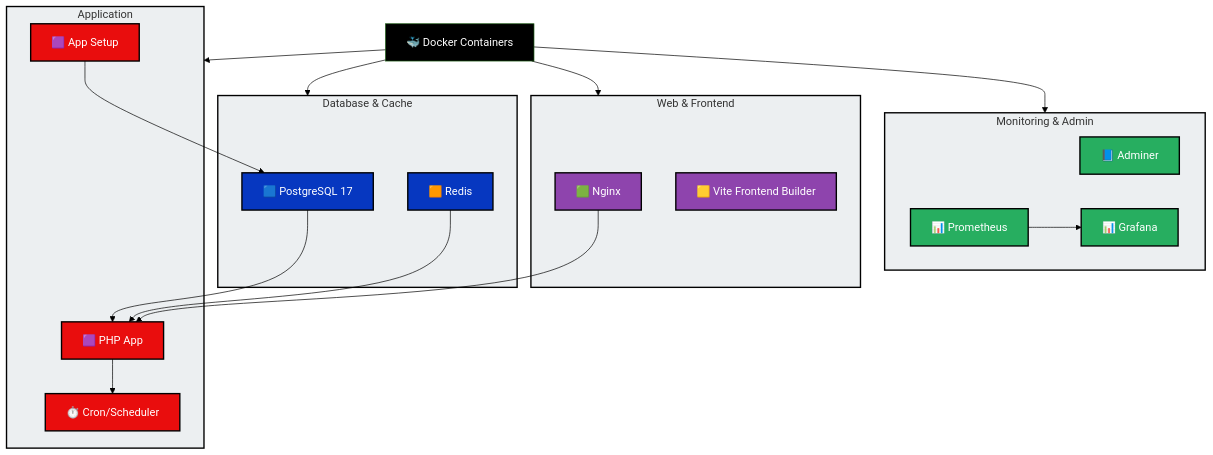
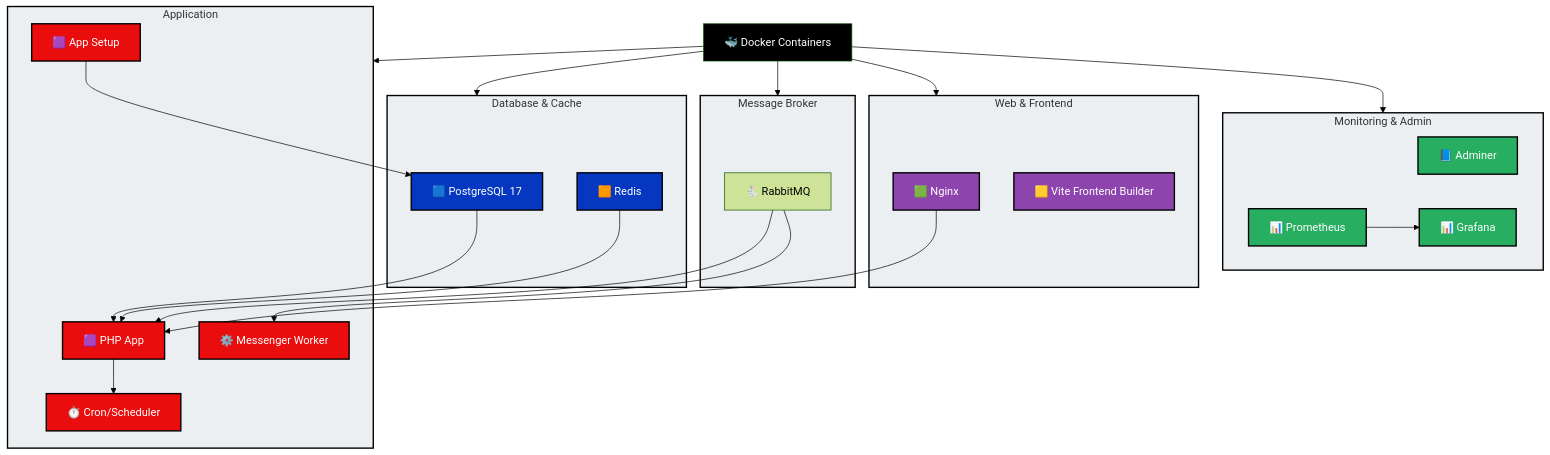
One commit to Developer-Samuel/levelup-store changed the diagram in docs/diagrams/graphs/devops/docker.mmd. Above: the diagram before and after it, drawn with Mermaid (forest theme). The commit also changed 6 other files, not shown here.

Commit message:
docs: add RabbitMQ references across documentation and diagrams

```diff
--- a/docs/diagrams/graphs/devops/docker.mmd
+++ b/docs/diagrams/graphs/devops/docker.mmd
@@ -1,65 +1,75 @@
 graph TD
     %% Subgraph styles
     style DatabaseCache fill:#eceff1, stroke:#000, stroke-width:2px;
+    style MessageBroker fill:#eceff1, stroke:#000, stroke-width:2px;
     style App fill:#eceff1, stroke:#000, stroke-width:2px;
     style Web fill:#eceff1, stroke:#000, stroke-width:2px;
     style Monitoring fill:#eceff1, stroke:#000, stroke-width:2px;
 
     %% Class Styles
     classDef docker fill:#000, color:#fff;
     classDef database_cache fill:#0637c0, color:#fff, stroke:#000, stroke-width:2px;
     classDef app fill:#e90d0d, color:#fff, stroke:#000, stroke-width:2px;
     classDef web fill:#8e44ad, color:#fff, stroke:#000, stroke-width:2px;
     classDef monitoring fill:#27ae60, color:#fff, stroke:#000, stroke-width:2px;
 
     %% Root
     Docker[🐳 Docker Containers]:::docker
 
     %% ----------------------------------------
     %% Subgraphs
     %% ----------------------------------------
 
     %% Databases
     subgraph DatabaseCache["Database & Cache"]
         Postgres[🟦 PostgreSQL 17]
         Redis[🟧 Redis]
     end
 
+    %% Message Broker
+    subgraph MessageBroker["Message Broker"]
+        RabbitMQ[🐇 RabbitMQ]
+    end
+
     %% App Layer
     subgraph App["Application"]
         AppMain[🟪 PHP App]
         AppSetup[🟪 App Setup]
         Cron[⏱️ Cron/Scheduler]
+        Worker[⚙️ Messenger Worker]
     end
 
     %% Web Layer
     subgraph Web["Web & Frontend"]
         Nginx[🟩 Nginx]
         Vite[🟨 Vite Frontend Builder]
     end
 
     %% Admin / Monitoring
     subgraph Monitoring["Monitoring & Admin"]
         Adminer[📘 Adminer]
         Prometheus[📊 Prometheus]
         Grafana[📊 Grafana]
     end
 
     %% Classes
     class Postgres,Redis database_cache;
-    class AppMain,AppSetup,Cron app;
+    class AppMain,AppSetup,Cron,Worker app;
     class Nginx,Vite web;
     class Adminer,Prometheus,Grafana monitoring;
 
     %% Connections
     Docker --> DatabaseCache
+    Docker --> MessageBroker
     Docker --> App
     Docker --> Web
     Docker --> Monitoring
 
     Postgres --> AppMain
     Redis --> AppMain
+    RabbitMQ --> AppMain
+    RabbitMQ --> Worker
     AppSetup --> Postgres
     AppMain --> Cron
     Nginx --> AppMain
     Prometheus --> Grafana
```
